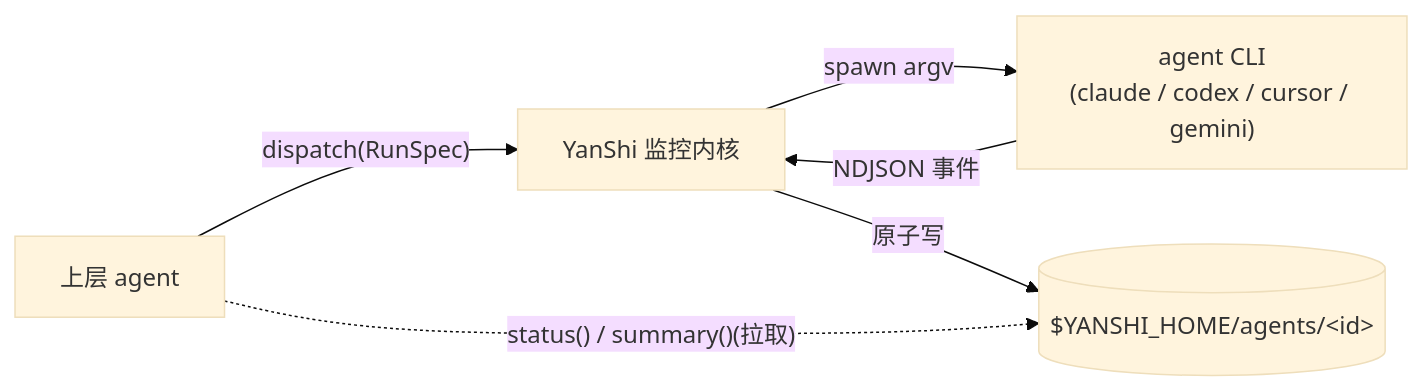
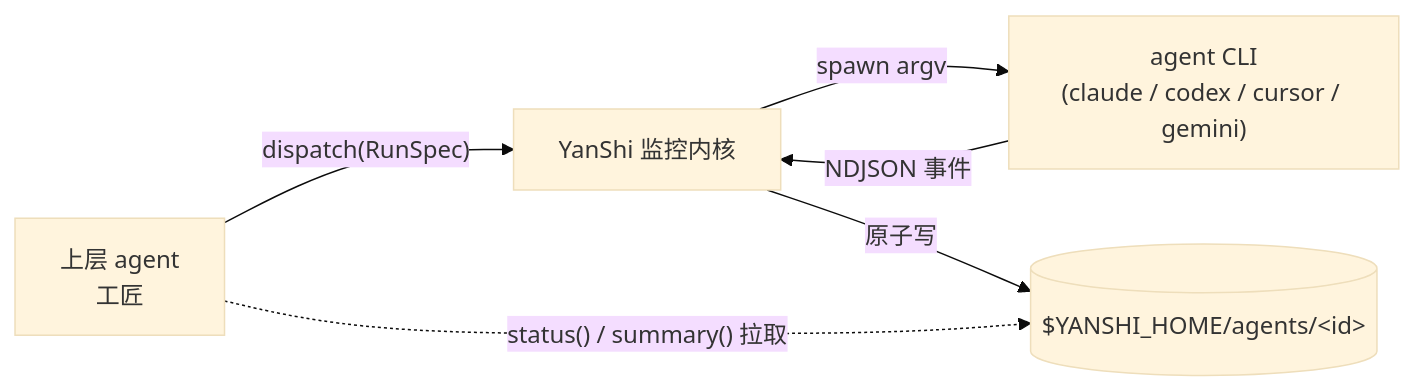
The diagram in README.zh-CN.md (YoRHa-Agents/YanShi), drawn with Mermaid (base theme) before and after one commit. The commit also changed other lines of this file and 12 other files, not shown here.

First line of the commit message:
feat: reframe YanShi brand experience

````diff
--- a/README.zh-CN.md
+++ b/README.zh-CN.md
@@ -37,8 +36,8 @@
 ```mermaid
 flowchart LR
-    parent["上层 agent"] -->|"dispatch(RunSpec)"| kernel["YanShi 监控内核"]
+    parent["上层 agent<br/>工匠"] -->|"dispatch(RunSpec)"| kernel["YanShi 监控内核"]
     kernel -->|"spawn argv"| cli["agent CLI<br/>(claude / codex / cursor / gemini)"]
     cli -->|"NDJSON 事件"| kernel
     kernel -->|"原子写"| disk[("$YANSHI_HOME/agents/&lt;id&gt;")]
-    parent -.->|"status() / summary()(拉取)"| disk
+    parent -.->|"status() / summary() 拉取"| disk
 ```
````
